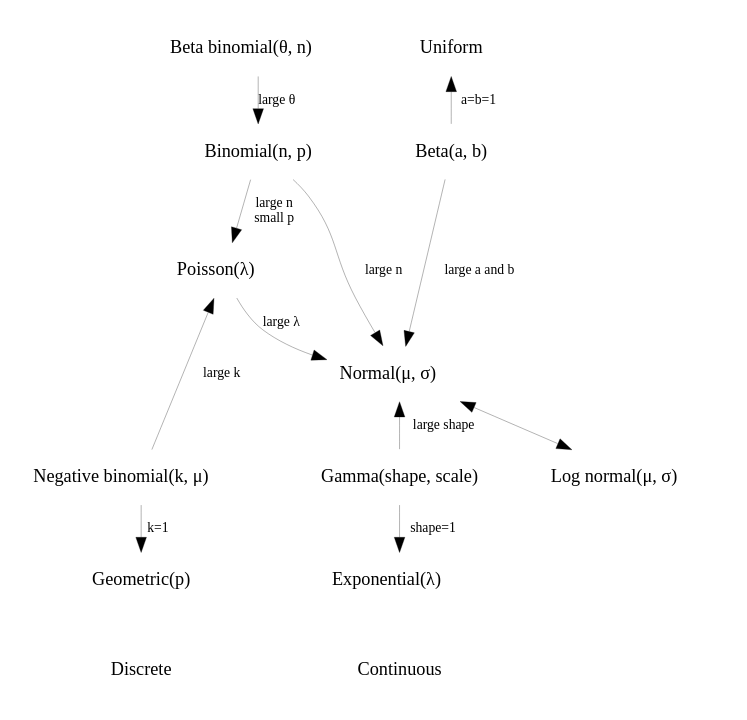
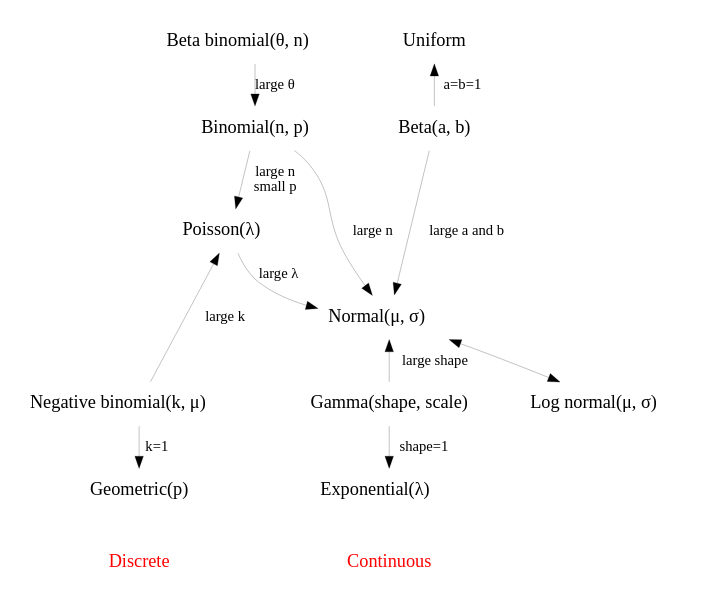
One commit to iTrauco/ESEUR-code-data changed the diagram in probability/disc-cont.dot. Above: the diagram before and after it, drawn with Graphviz. The commit also changed 21 other files, not shown here.

```diff
--- a/probability/disc-cont.dot
+++ b/probability/disc-cont.dot
@@ -1,95 +1,95 @@
                     /* disc-cont.dot, 12 Oct 15 */
 
 digraph G {
 
    rankdir = TB;
    ranksep = 0.3;
    arrowsize=0.3;
-   size = "5.0,5.0";
-   edge [fontsize = 9, penwidth=0.2];
-   node [color = white, shape = plaintext, fontsize = 12];
+   size = "6.0,4.0";
+   edge [fontsize = 12, penwidth=0.2];
+   node [color = white, shape = plaintext, fontsize = 15];
 
    {
    Beta_binomial -> Binomial[label=< large &theta;>] ;
 
    Binomial -> Poisson[label=" large n\nsmall p"] ;
 
    edge [ dir=back]
    Poisson -> Negative_binomial[label=" large k"] ;
 
    edge [ dir=forward]
    Negative_binomial -> Geometric[label=" k=1"] ;
 
    edge [color=white];
    Geometric -> Discrete ;
    }
 
    {
    edge [ dir=back]
    Uniform -> Beta[label=" a=b=1"] ;
 
    edge [ dir=forward]
    Beta -> Normal[label=" large a and b"] ;
 
    edge [ dir=back]
    Normal -> Gamma[label=" large shape"];
 
    edge [ dir=forward]
    Gamma -> Exponential[label=" shape=1"] ;
 
    edge [color=white];
    Exponential -> Continuous ;
    }
 
 /*   nodesep=0.05;
    minlen=0.2;
 */
 
    node [shape=box];
    edge[dir=forward];
 
 
    {
 	Beta_binomial ; Uniform;
 
 	Beta_binomial[label=<Beta binomial(&theta;, n)>];
 	Uniform[label="Uniform"];
    }
 
    {rank = same;
 	Binomial ; Beta;
 	Binomial[label="Binomial(n, p)"];
 	Beta[label="Beta(a, b)"];
    }
 
    {
 	Poisson ; Normal;
 
 	Poisson[label=<Poisson(&lambda;)>];
 	Normal[label=<Normal(&mu;, &sigma;)>];
    }
 
    {rank = same;
 	Negative_binomial ; Gamma;
 
 	Negative_binomial[label=<Negative binomial(k, &mu;)>];
 	Gamma[label="Gamma(shape, scale)"];
    }
 
    {rank = same;
 	Geometric ; Exponential;
 	Geometric[label="Geometric(p)"];
 	Exponential[label=<Exponential(&lambda;)>];
    }
 
    {rank = same;
-	Discrete ; Continuous;
+	Discrete[fontcolor="red"] ; Continuous[fontcolor="red"];
    }
 
    Binomial -> Normal[label=" large n"];
    Poisson -> Normal[label=< large &lambda;>];
 
    edge [ dir=both]
    Normal -> Log_normal;
    Log_normal[label=< Log normal(&mu;, &sigma;)>];
 }
```
